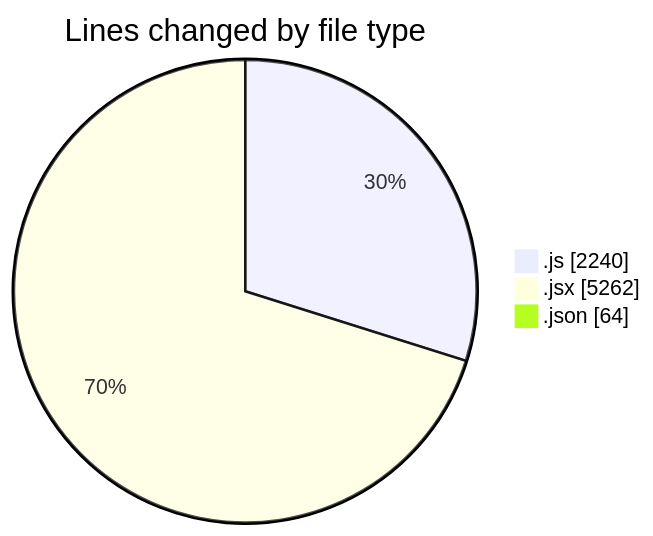
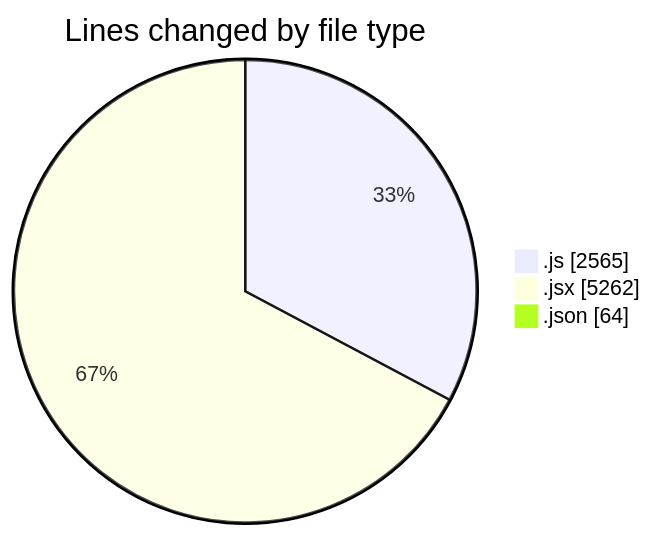
One commit to nxtqubesakshisongat/code-tracking changed the first of 2 diagrams in 2025-08-07/nxtqube_webapp/README.md. Above: the diagram before and after it, drawn with Mermaid. The commit also changed other lines of this file and 1 other file, not shown here.

````diff
--- a/2025-08-07/nxtqube_webapp/README.md
+++ b/2025-08-07/nxtqube_webapp/README.md
@@ -25,7 +25,7 @@
 ```mermaid
 pie showData
 title Lines changed by file type
-".js" : 2240
+".js" : 2565
 ".jsx" : 5262
 ".json" : 64
 ```
````
